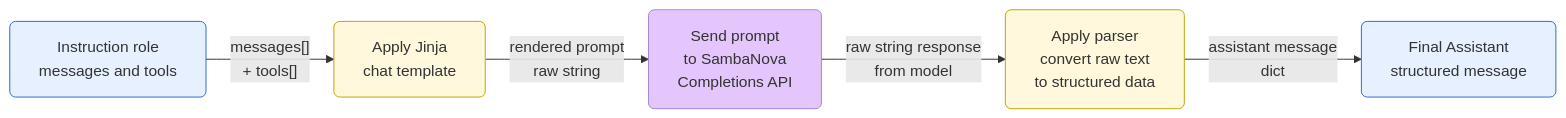
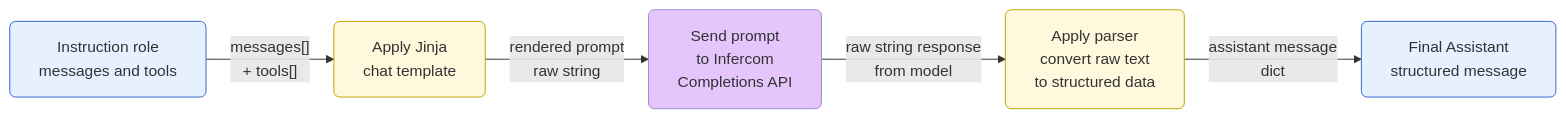
The diagram in chat_templates/README.md (InfercomAI/ai-starter-kit), drawn with Mermaid before and after one commit. The commit also changed other lines of this file and 21 other files, not shown here.

First line of the commit message:
Fix remaining SambaNova branding references for Infercom white-labeling

````diff
--- a/chat_templates/README.md
+++ b/chat_templates/README.md
@@ -54,19 +54,19 @@
 ```mermaid
 flowchart LR
 
 A[Instruction role<br/>messages and tools] 
   -->|"messages[]<br/>+ tools[]"| B[Apply Jinja<br/>chat template]
 
-B -->|"rendered prompt<br/>raw string"| C[Send prompt<br/>to SambaNova<br/>Completions API]
+B -->|"rendered prompt<br/>raw string"| C[Send prompt<br/>to Infercom<br/>Completions API]
 
 C -->|"raw string response<br/>from model"| D[Apply parser<br/>convert raw text<br/>to structured data]
 
 D -->|"assistant message<br/>dict"| E[Final Assistant<br/> structured message]
 
 style A fill:#E6F0FF,stroke:#3366cc,stroke-width:1px,rx:6px,ry:6px
 style B fill:#FFF8DC,stroke:#bfa500,stroke-width:1px,rx:6px,ry:6px
 style C fill:#E4C6Fc,stroke:#A287D0,stroke-width:1px,rx:6px,ry:6px
 style D fill:#FFF8DC,stroke:#bfa500,stroke-width:1px,rx:6px,ry:6px
 style E fill:#E6F0FF,stroke:#3366cc,stroke-width:1px,rx:6px,ry:6px
 
 ```
````
